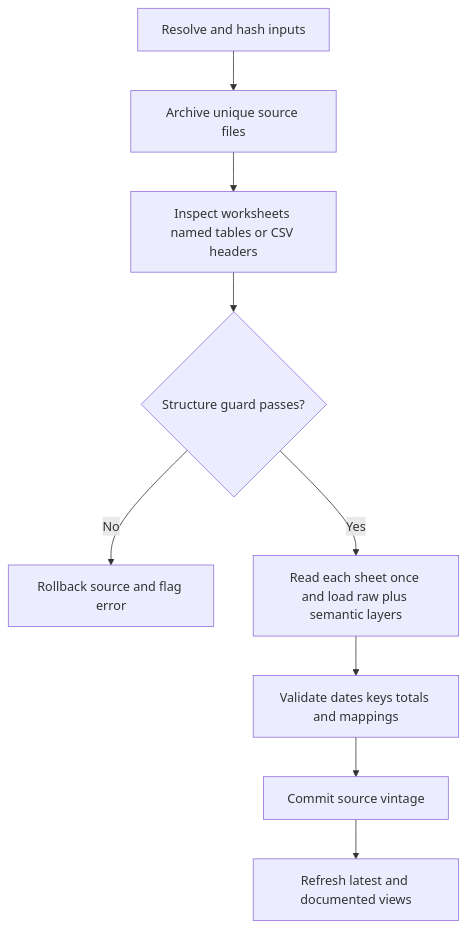
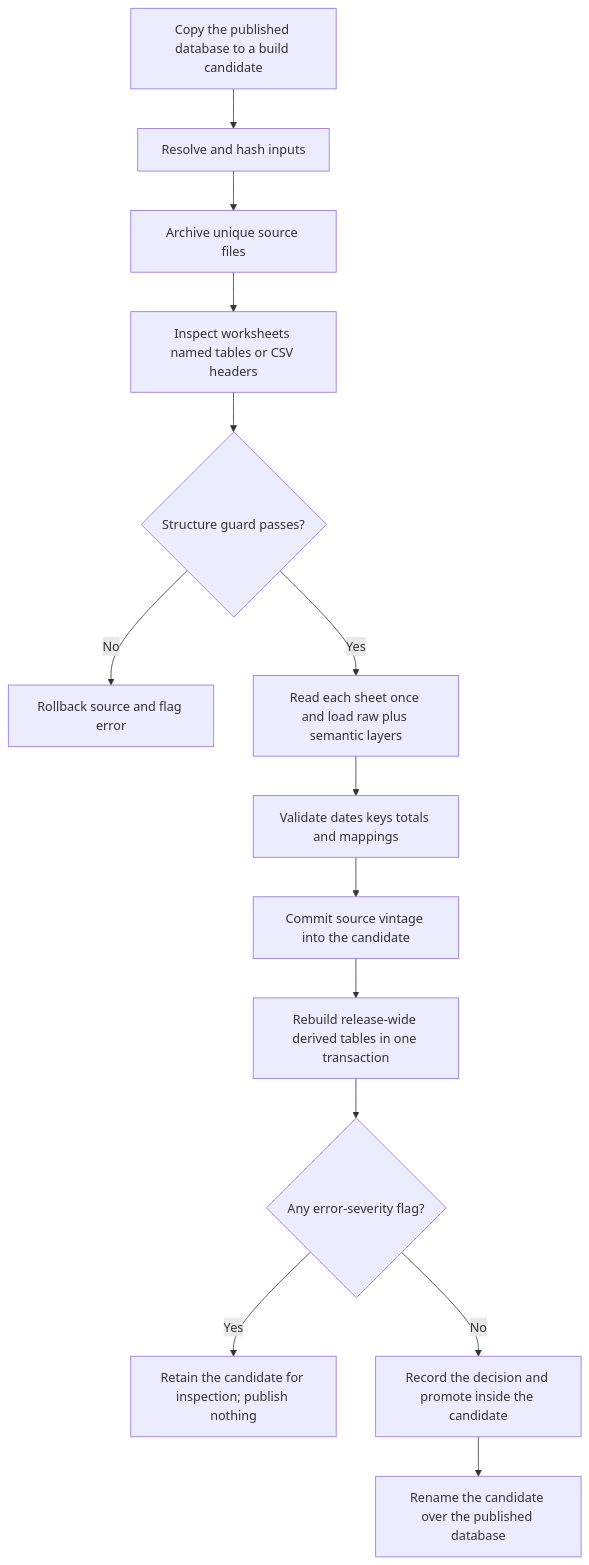
One commit to Juan-Gonzalez-M/Paraguay_Macro_Database changed the diagram in docs/ARCHITECTURE.md. Above: the diagram before and after it, drawn with Mermaid. The commit also changed other lines of this file and 112 other files, not shown here.

Commit message:
Release schema 38 and clean obsolete audit artifacts

````diff
--- a/docs/ARCHITECTURE.md
+++ b/docs/ARCHITECTURE.md
@@ -16,11 +17,16 @@
 ```mermaid
 flowchart TD
-    A[Resolve and hash inputs] --> B[Archive unique source files]
-    B --> C[Inspect worksheets named tables or CSV headers]
-    C --> D{Structure guard passes?}
-    D -- No --> E[Rollback source and flag error]
-    D -- Yes --> F[Read each sheet once and load raw plus semantic layers]
-    F --> G[Validate dates keys totals and mappings]
-    G --> H[Commit source vintage]
-    H --> I[Refresh latest and documented views]
+    A[Copy the published database to a build candidate] --> B[Resolve and hash inputs]
+    B --> C[Archive unique source files]
+    C --> D[Inspect worksheets named tables or CSV headers]
+    D --> E{Structure guard passes?}
+    E -- No --> F[Rollback source and flag error]
+    E -- Yes --> G[Read each sheet once and load raw plus semantic layers]
+    G --> H[Validate dates keys totals and mappings]
+    H --> I[Commit source vintage into the candidate]
+    I --> J[Rebuild release-wide derived tables in one transaction]
+    J --> K{Any error-severity flag?}
+    K -- Yes --> L[Retain the candidate for inspection; publish nothing]
+    K -- No --> M[Record the decision and promote inside the candidate]
+    M --> N[Rename the candidate over the published database]
 ```
````
